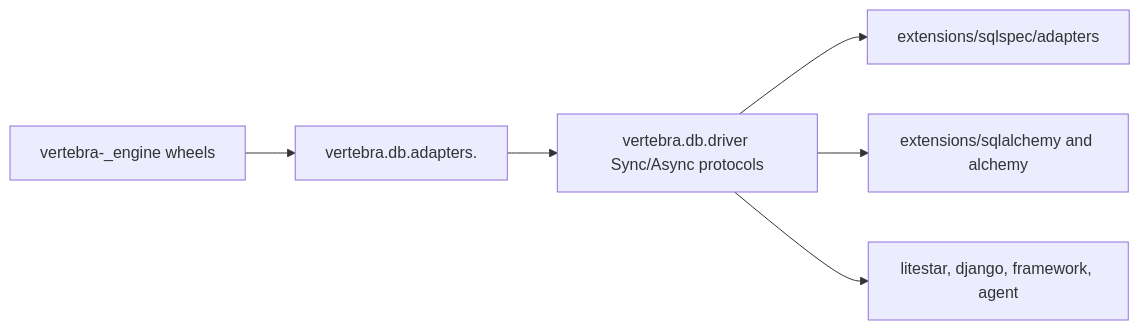
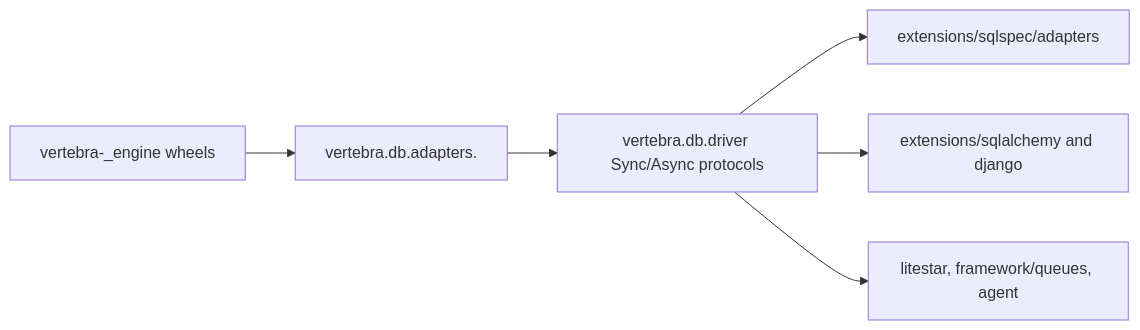
Before and after one commit to cofin/vertebra: the diagram in .agents/bundles/specs/integration-remediation/spec.md, drawn with Mermaid. The commit also changed other lines of this file and 816 other files, not shown here.

````diff
--- a/.agents/bundles/specs/integration-remediation/spec.md
+++ b/.agents/bundles/specs/integration-remediation/spec.md
@@ -115,8 +90,8 @@
 ```mermaid
 flowchart LR
     Rust["vertebra-_engine wheels"] --> Adapters["vertebra.db.adapters.<engine>"]
     Adapters --> Contracts["vertebra.db.driver Sync/Async protocols"]
     Contracts --> SQLSpec["extensions/sqlspec/adapters"]
-    Contracts --> Alchemy["extensions/sqlalchemy and alchemy"]
-    Contracts --> Fw["litestar, django, framework, agent"]
+    Contracts --> Alchemy["extensions/sqlalchemy and django"]
+    Contracts --> Fw["litestar, framework/queues, agent"]
 ```
````
